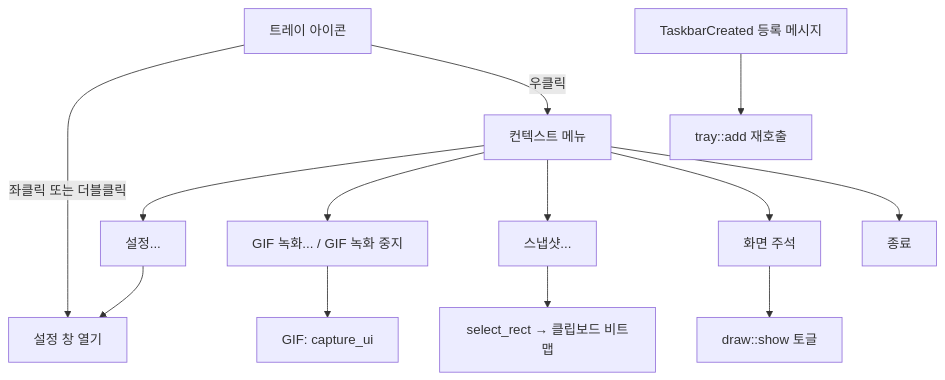
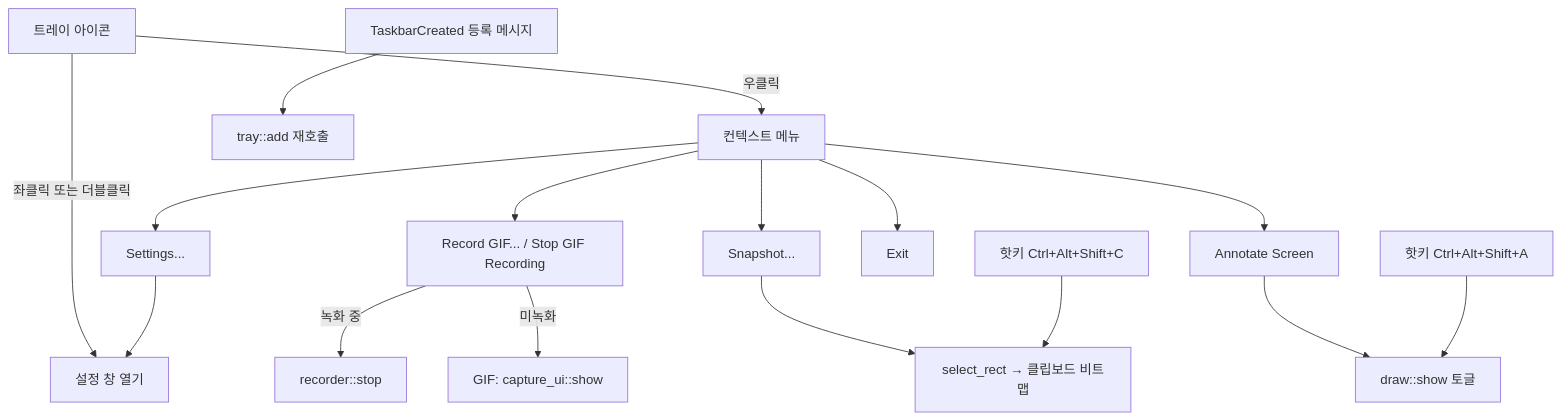
Before and after one commit to noelfania/ccesdgr: the fourth of 4 diagrams in docs/reference/architecture.md, drawn with Mermaid. The commit also changed other lines of this file and 22 other files, not shown here.

````diff
--- a/docs/reference/architecture.md
+++ b/docs/reference/architecture.md
@@ -173,16 +178,19 @@
 ```mermaid
 flowchart TD
   tray_icon[트레이 아이콘]
   tray_icon -->|좌클릭 또는 더블클릭| open_settings[설정 창 열기]
   tray_icon -->|우클릭| menu[컨텍스트 메뉴]
-  menu --> m_settings["설정..."]
-  menu --> m_record["GIF 녹화... / GIF 녹화 중지"]
-  menu --> m_snip["스냅샷..."]
-  menu --> m_draw["화면 주석"]
-  menu --> m_exit["종료"]
+  menu --> m_settings["Settings..."]
+  menu --> m_record["Record GIF... / Stop GIF Recording"]
+  menu --> m_snip["Snapshot..."]
+  menu --> m_draw["Annotate Screen"]
+  menu --> m_exit["Exit"]
   m_settings --> open_settings
-  m_record --> capture_flow[GIF: capture_ui]
+  m_record -->|녹화 중| stop_rec["recorder::stop"]
+  m_record -->|미녹화| capture_flow[GIF: capture_ui::show]
   m_snip --> snip_flow["select_rect → 클립보드 비트맵"]
   m_draw --> draw_toggle["draw::show 토글"]
+  hotkey_c["핫키 Ctrl+Alt+Shift+C"] --> snip_flow
+  hotkey_a["핫키 Ctrl+Alt+Shift+A"] --> draw_toggle
   taskbar_msg["TaskbarCreated 등록 메시지"] --> tray_readd["tray::add 재호출"]
 ```
````
